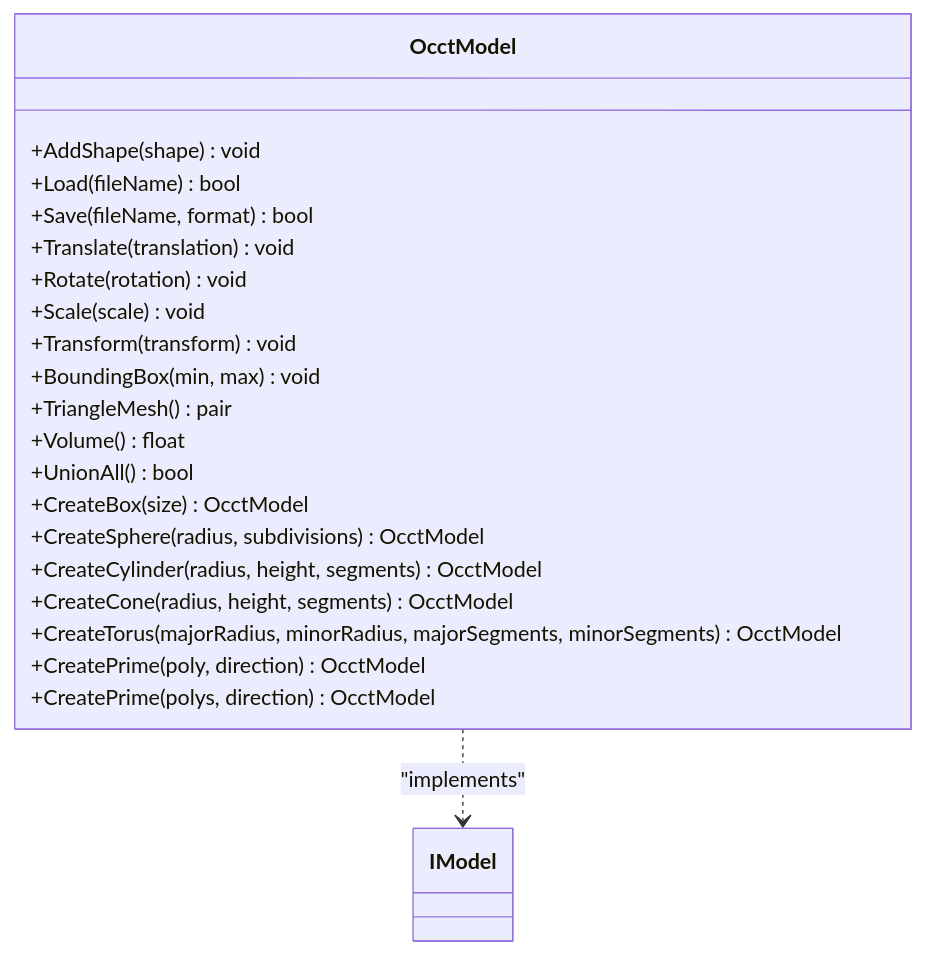
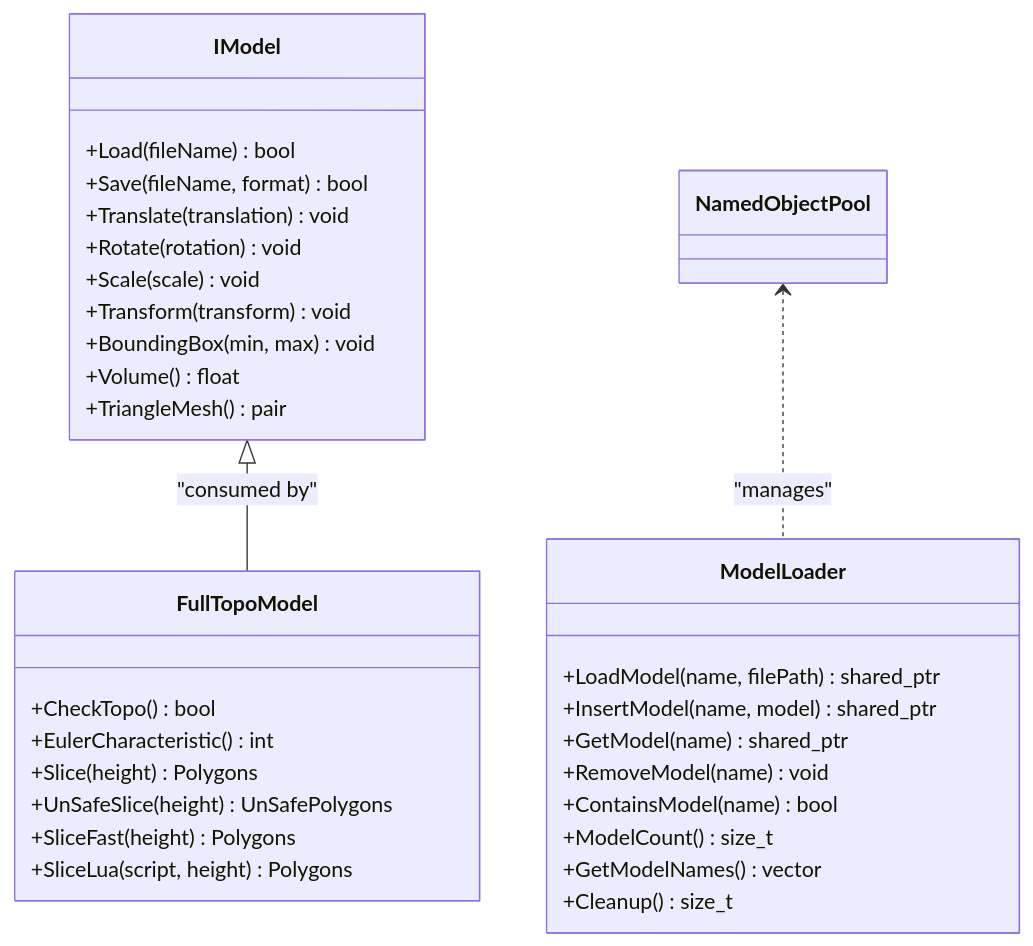
One commit to hsmbanlance/HsBaSlicer changed the fifth of 8 diagrams in .qoder/repowiki/en/content/Core Modules/Core Modules.md. Above: the diagram before and after it, drawn with Mermaid. The commit also changed other lines of this file and 1095 other files, not shown here.

````diff
--- a/.qoder/repowiki/en/content/Core Modules/Core Modules.md
+++ b/.qoder/repowiki/en/content/Core Modules/Core Modules.md
@@ -374,24 +321,34 @@
 ```mermaid
 classDiagram
-class OcctModel {
-+AddShape(shape) void
+class IModel {
 +Load(fileName) bool
 +Save(fileName, format) bool
 +Translate(translation) void
 +Rotate(rotation) void
 +Scale(scale) void
 +Transform(transform) void
 +BoundingBox(min, max) void
++Volume() float
 +TriangleMesh() pair
-+Volume() float
-+UnionAll() bool
-+CreateBox(size) OcctModel
-+CreateSphere(radius, subdivisions) OcctModel
-+CreateCylinder(radius, height, segments) OcctModel
-+CreateCone(radius, height, segments) OcctModel
-+CreateTorus(majorRadius, minorRadius, majorSegments, minorSegments) OcctModel
-+CreatePrime(poly, direction) OcctModel
-+CreatePrime(polys, direction) OcctModel
 }
-OcctModel ..> IModel : "implements"
+class FullTopoModel {
++CheckTopo() bool
++EulerCharacteristic() int
++Slice(height) Polygons
++UnSafeSlice(height) UnSafePolygons
++SliceFast(height) Polygons
++SliceLua(script, height) Polygons
+}
+class ModelLoader {
++LoadModel(name, filePath) shared_ptr<IModel>
++InsertModel(name, model) shared_ptr<IModel>
++GetModel(name) shared_ptr<IModel>
++RemoveModel(name) void
++ContainsModel(name) bool
++ModelCount() size_t
++GetModelNames() vector
++Cleanup() size_t
+}
+IModel <|-- FullTopoModel : "consumed by"
+NamedObjectPool <.. ModelLoader : "manages"
 ```
````
